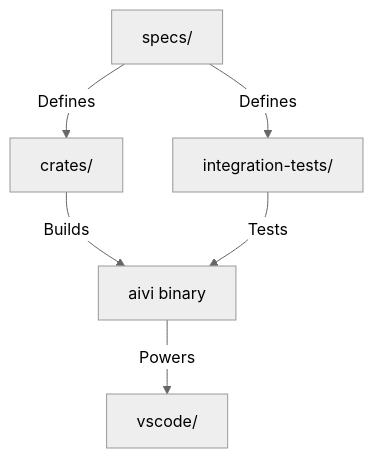
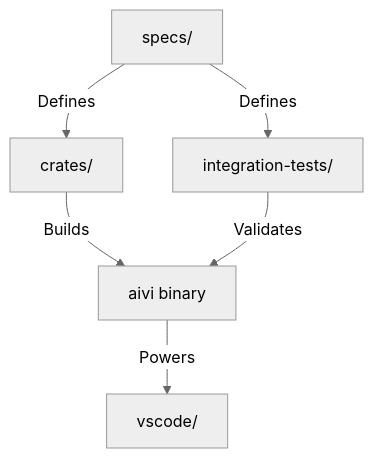
The diagram in AGENTS.md (Aivi-Language/aivi), drawn with Mermaid (neutral theme) before and after one commit. The commit also changed other lines of this file and 2 other files, not shown here.

`````diff
--- a/AGENTS.md
+++ b/AGENTS.md
@@ -24,8 +43,8 @@
 ```mermaid
 graph TD
     Specs[specs/] -->|Defines| Crates[crates/]
     Specs -->|Defines| Tests[integration-tests/]
     Crates -->|Builds| Binary[aivi binary]
     Binary -->|Powers| VSCode[vscode/]
-    Tests -->|Tests| Binary
-```
+    Tests -->|Validates| Binary
+````
`````
